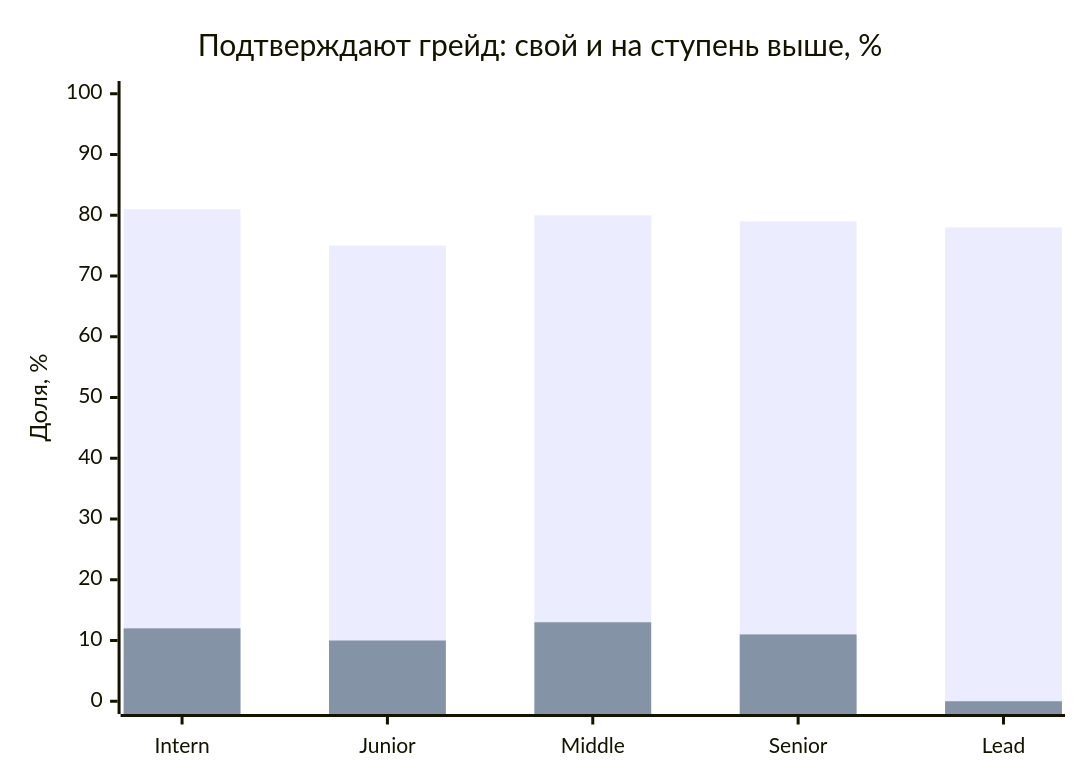
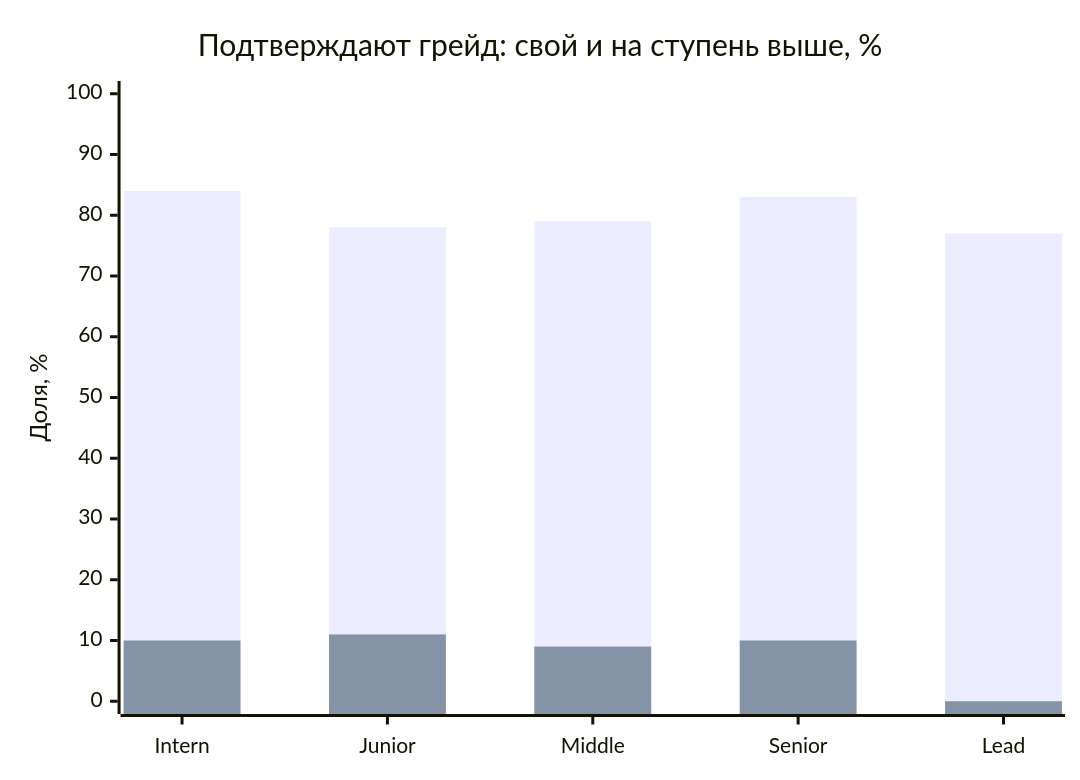
The first of 3 diagrams in docs/assessment_validation_results.md (ShadowFiend1337/hh_platform), drawn with Mermaid before and after one commit. The commit also changed other lines of this file and 19 other files, not shown here.

````diff
--- a/docs/assessment_validation_results.md
+++ b/docs/assessment_validation_results.md
@@ -17,8 +17,8 @@
 ```mermaid
 xychart-beta
   title "Подтверждают грейд: свой и на ступень выше, %"
   x-axis ["Intern", "Junior", "Middle", "Senior", "Lead"]
   y-axis "Доля, %" 0 --> 100
-  bar [81, 75, 80, 79, 78]
-  bar [12, 10, 13, 11, 0]
+  bar [84, 78, 79, 83, 77]
+  bar [10, 11, 9, 10, 0]
 ```
````
